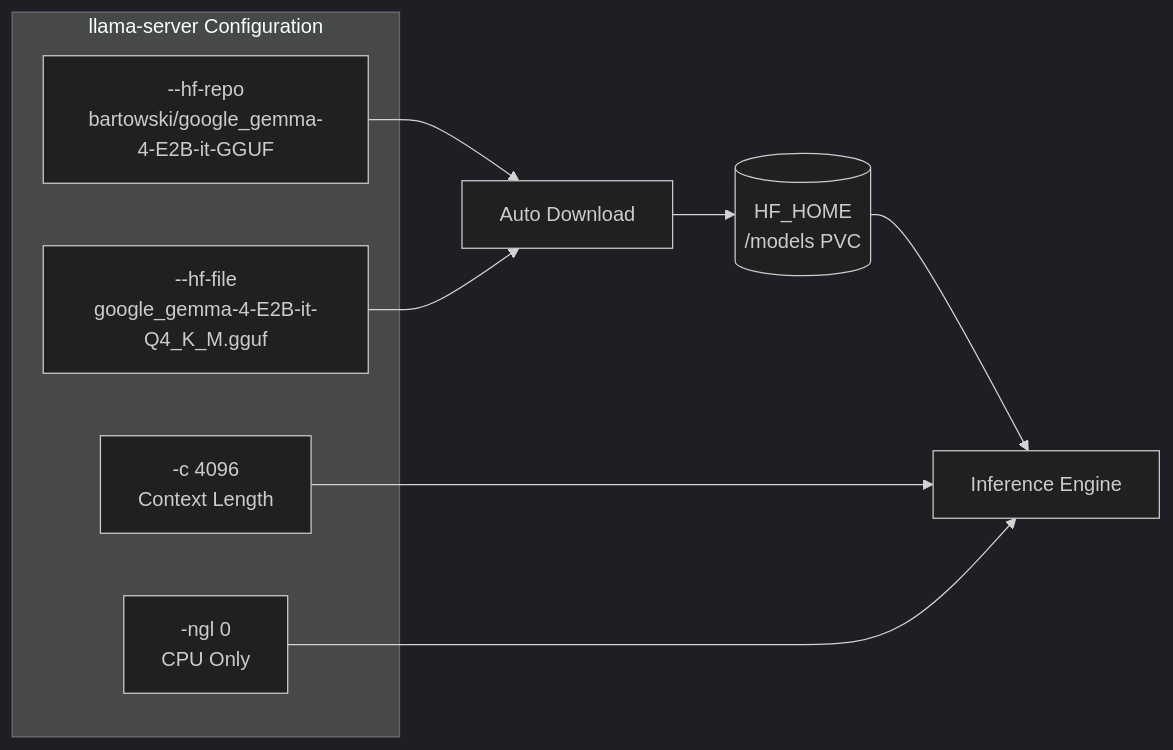
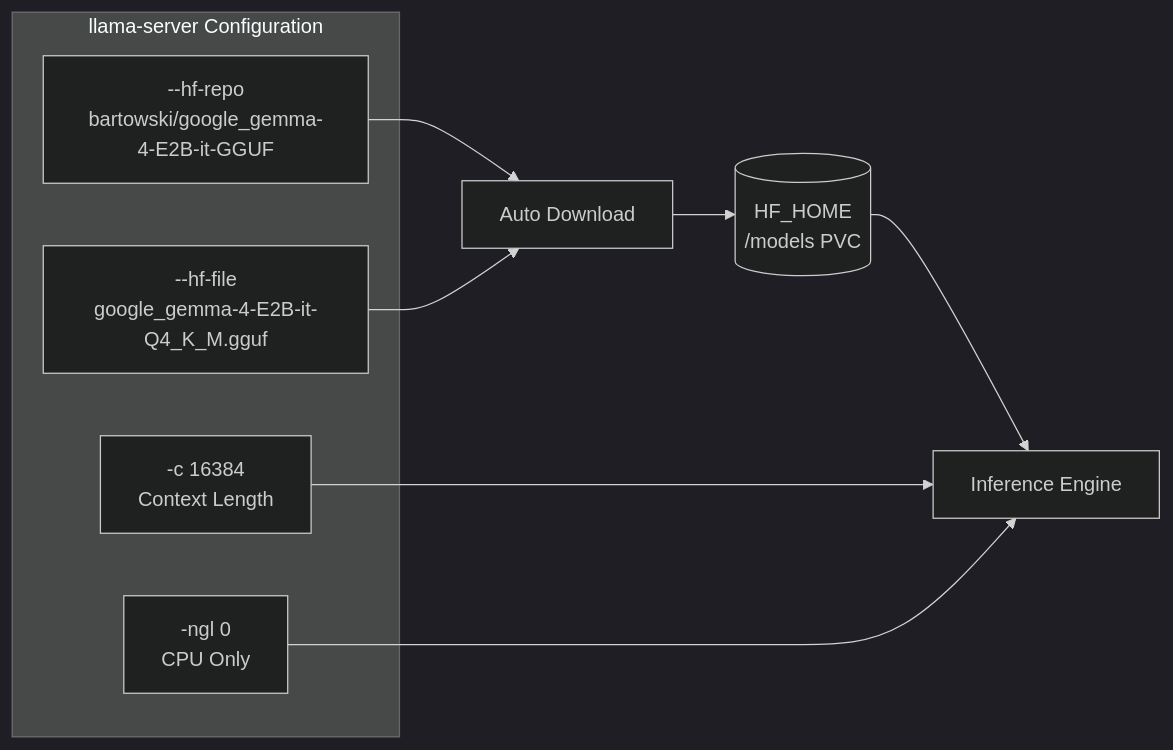
One commit to nsudhanva/k8s-oracle changed the fourth of 7 diagrams in docs/src/content/docs/architecture/gemma-llm.mdx. Above: the diagram before and after it, drawn with Mermaid (dark theme). The commit also changed other lines of this file and 1 other file, not shown here.

Commit message:
Update docs: Gemma context 4k->16k, OpenClaw config notes

````diff
--- a/docs/src/content/docs/architecture/gemma-llm.mdx
+++ b/docs/src/content/docs/architecture/gemma-llm.mdx
@@ -239,16 +239,16 @@
 ```mermaid
 flowchart LR
     subgraph Config["llama-server Configuration"]
         HFRepo["--hf-repo<br/>bartowski/google_gemma-4-E2B-it-GGUF"]
         HFFile["--hf-file<br/>google_gemma-4-E2B-it-Q4_K_M.gguf"]
-        Context["-c 4096<br/>Context Length"]
+        Context["-c 16384<br/>Context Length"]
         GPU["-ngl 0<br/>CPU Only"]
     end
 
     HFRepo --> Download[Auto Download]
     HFFile --> Download
     Download --> Cache[(HF_HOME<br/>/models PVC)]
     Cache --> Inference[Inference Engine]
     Context --> Inference
     GPU --> Inference
 ```
````
